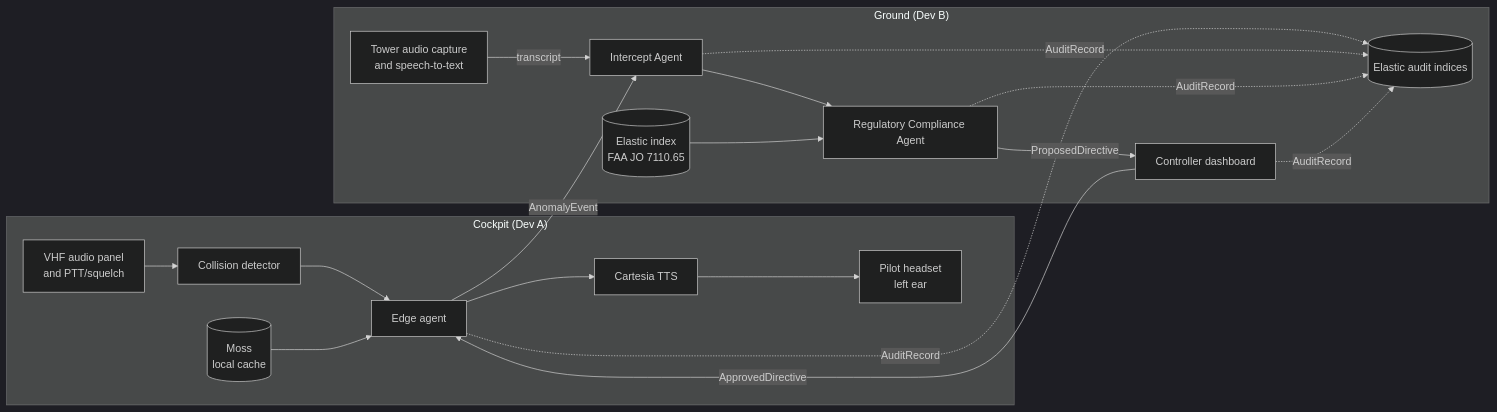
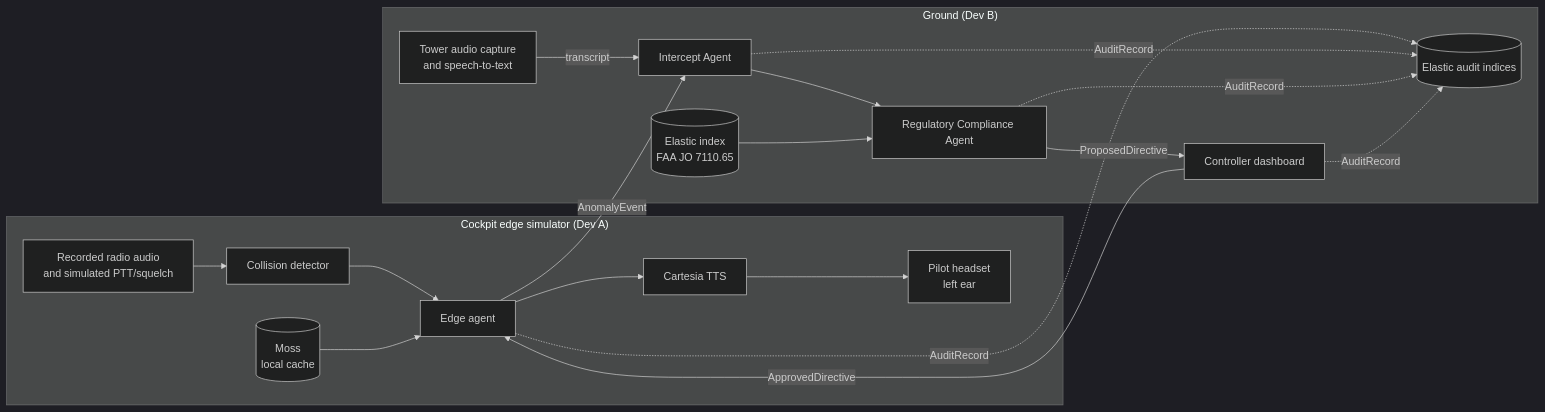
One commit to Dee-1862/cagent changed the first of 2 diagrams in docs/05-architecture.md. Above: the diagram before and after it, drawn with Mermaid (dark theme). The commit also changed other lines of this file and 4 other files, not shown here.

````diff
--- a/docs/05-architecture.md
+++ b/docs/05-architecture.md
@@ -13,35 +15,35 @@
 ```mermaid
 flowchart LR
-    subgraph Air["Cockpit (Dev A)"]
-        RADIO[VHF audio panel<br/>and PTT/squelch]
+    subgraph Air["Cockpit edge simulator (Dev A)"]
+        RADIO[Recorded radio audio<br/>and simulated PTT/squelch]
         DET[Collision detector]
         MOSS[(Moss<br/>local cache)]
         EDGE[Edge agent]
         TTS[Cartesia TTS]
         EAR[Pilot headset<br/>left ear]
     end
 
     subgraph Ground["Ground (Dev B)"]
         TOWER[Tower audio capture<br/>and speech-to-text]
         INT[Intercept Agent]
         REG[Regulatory Compliance Agent]
         FAA[(Elastic index<br/>FAA JO 7110.65)]
         UI[Controller dashboard]
         AUD[(Elastic audit indices)]
     end
 
     RADIO --> DET --> EDGE
     MOSS --> EDGE
     EDGE -- AnomalyEvent --> INT
     TOWER -- transcript --> INT
     INT --> REG
     FAA --> REG
     REG -- ProposedDirective --> UI
     UI -- ApprovedDirective --> EDGE
     EDGE --> TTS --> EAR
 
     EDGE -. AuditRecord .-> AUD
     INT -. AuditRecord .-> AUD
     REG -. AuditRecord .-> AUD
     UI -. AuditRecord .-> AUD
 ```
````
